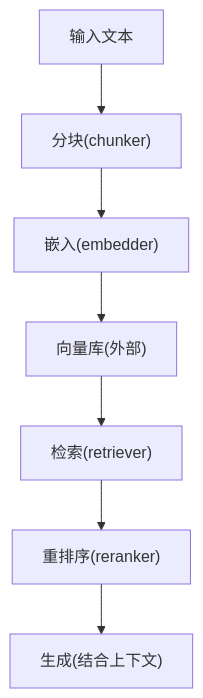
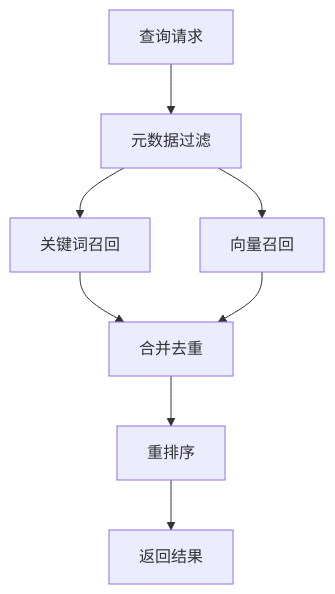
One commit to dream-ze/AI_huoke- changed the fifth of 6 diagrams in .qoder/repowiki/zh/content/知识管理体系/知识管理体系.md. Above: the diagram before and after it, drawn with Mermaid. The commit also changed other lines of this file and 25 other files, not shown here.

````diff
--- a/.qoder/repowiki/zh/content/知识管理体系/知识管理体系.md
+++ b/.qoder/repowiki/zh/content/知识管理体系/知识管理体系.md
@@ -253,9 +248,10 @@
 ```mermaid
 flowchart TD
-A["输入文本"] --> B["分块(chunker)"]
-B --> C["嵌入(embedder)"]
-C --> D["向量库(外部)"]
-D --> E["检索(retriever)"]
-E --> F["重排序(reranker)"]
-F --> G["生成(结合上下文)"]
+A["查询请求"] --> B["元数据过滤"]
+B --> C["关键词召回"]
+B --> D["向量召回"]
+C --> E["合并去重"]
+D --> E
+E --> F["重排序"]
+F --> G["返回结果"]
 ```
````
